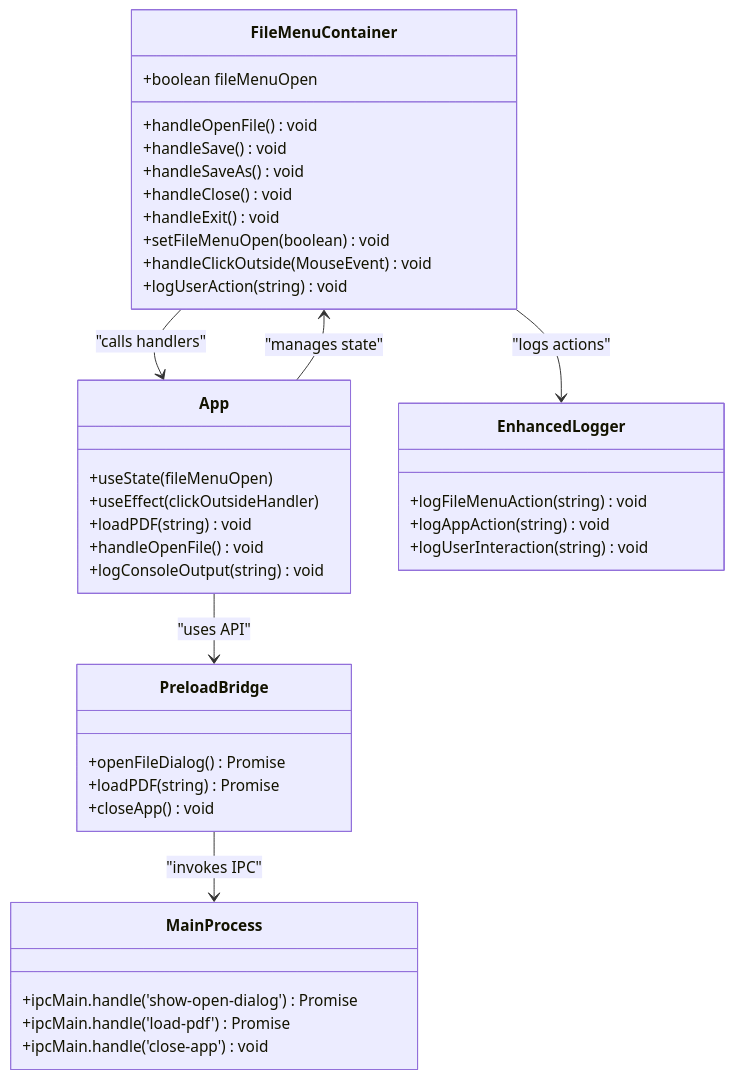
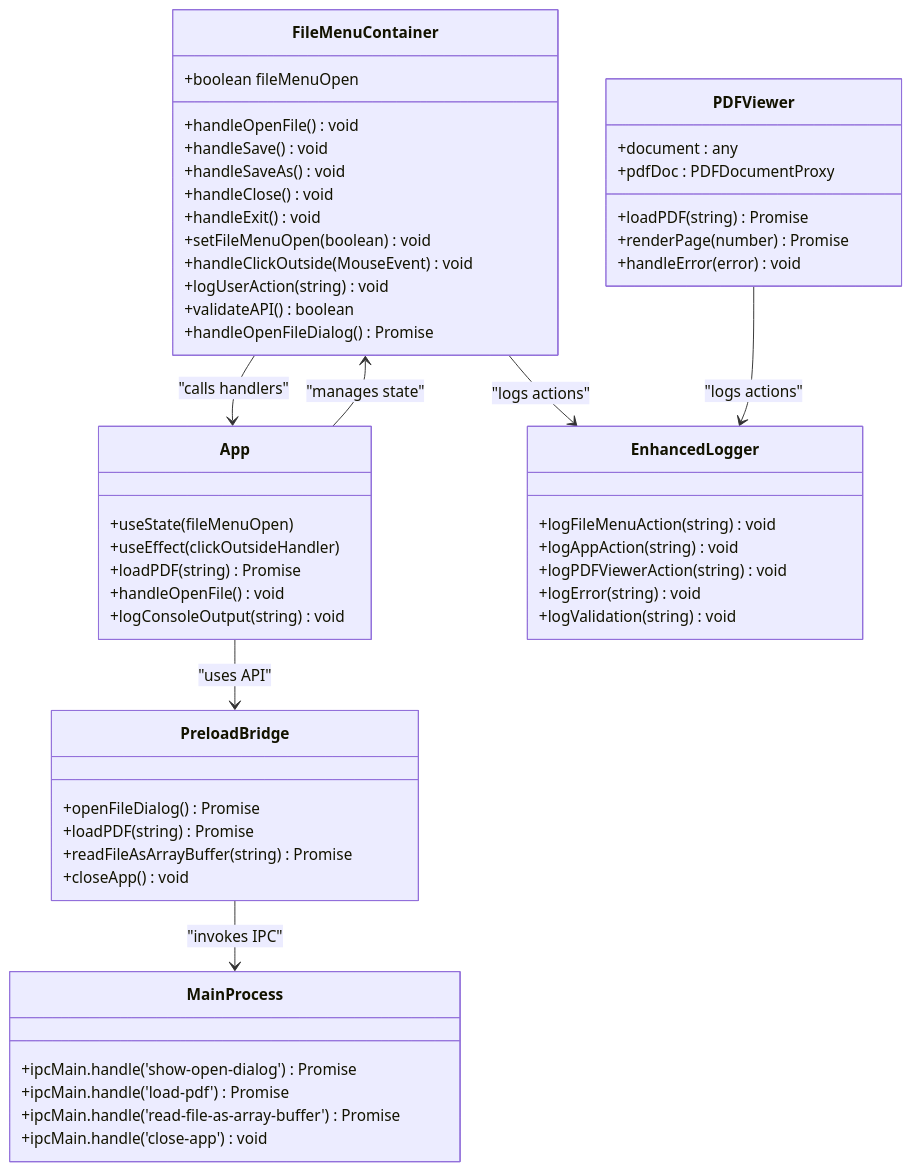
Before and after one commit to Chunde/SciPDFReader: the third of 7 diagrams in .qoder/repowiki/en/content/Core Components/File Menu System.md, drawn with Mermaid. The commit also changed other lines of this file and 1 other file, not shown here.

````diff
--- a/.qoder/repowiki/en/content/Core Components/File Menu System.md
+++ b/.qoder/repowiki/en/content/Core Components/File Menu System.md
@@ -169,41 +197,55 @@
 ```mermaid
 classDiagram
 class FileMenuContainer {
 +boolean fileMenuOpen
 +handleOpenFile() void
 +handleSave() void
 +handleSaveAs() void
 +handleClose() void
 +handleExit() void
 +setFileMenuOpen(boolean) void
 +handleClickOutside(MouseEvent) void
 +logUserAction(string) void
++validateAPI() boolean
++handleOpenFileDialog() Promise
 }
 class App {
 +useState(fileMenuOpen)
 +useEffect(clickOutsideHandler)
-+loadPDF(string) void
++loadPDF(string) Promise
 +handleOpenFile() void
 +logConsoleOutput(string) void
+}
+class PDFViewer {
++document : any
++pdfDoc : PDFDocumentProxy
++loadPDF(string) Promise
++renderPage(number) Promise
++handleError(error) void
 }
 class PreloadBridge {
 +openFileDialog() Promise
 +loadPDF(string) Promise
++readFileAsArrayBuffer(string) Promise
 +closeApp() void
 }
 class MainProcess {
 +ipcMain.handle('show-open-dialog') Promise
 +ipcMain.handle('load-pdf') Promise
++ipcMain.handle('read-file-as-array-buffer') Promise
 +ipcMain.handle('close-app') void
 }
 class EnhancedLogger {
 +logFileMenuAction(string) void
 +logAppAction(string) void
-+logUserInteraction(string) void
++logPDFViewerAction(string) void
++logError(string) void
++logValidation(string) void
 }
 App --> FileMenuContainer : "manages state"
 FileMenuContainer --> App : "calls handlers"
 FileMenuContainer --> EnhancedLogger : "logs actions"
 App --> PreloadBridge : "uses API"
 PreloadBridge --> MainProcess : "invokes IPC"
+PDFViewer --> EnhancedLogger : "logs actions"
 ```
````
